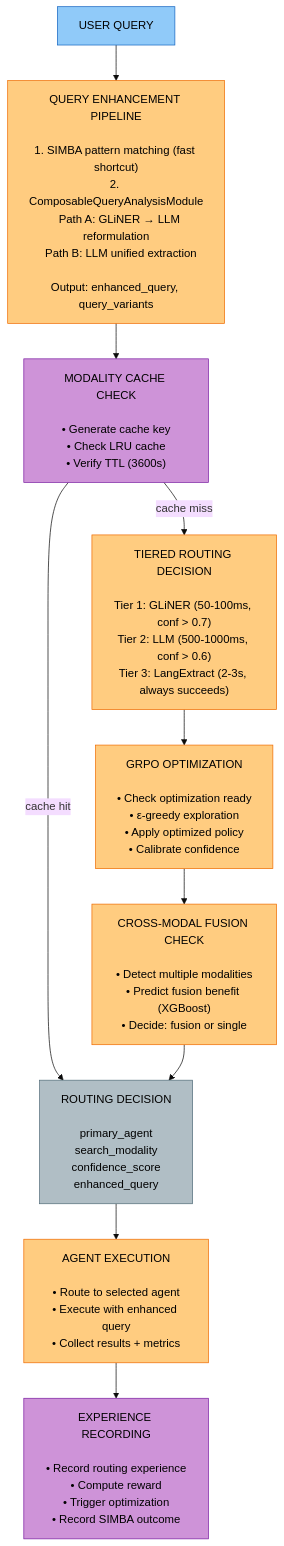
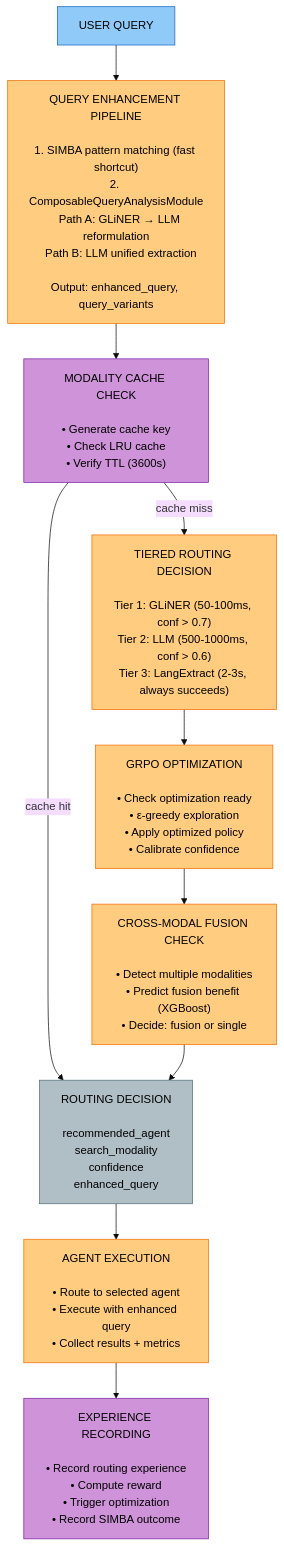
The fourth of 4 diagrams in docs/modules/routing.md (amit-jain/cogniverse), drawn with Mermaid (base theme) before and after one commit. The commit also changed other lines of this file and 137 other files, not shown here.

````diff
--- a/docs/modules/routing.md
+++ b/docs/modules/routing.md
@@ -1309,40 +1309,40 @@
 ```mermaid
 flowchart TB
     UserQuery["<span style='color:#000'>USER QUERY</span>"]
 
     Enhancement["<span style='color:#000'>QUERY ENHANCEMENT PIPELINE<br/><br/>1. SIMBA pattern matching (fast shortcut)<br/>2. ComposableQueryAnalysisModule<br/>   Path A: GLiNER → LLM reformulation<br/>   Path B: LLM unified extraction<br/><br/>Output: enhanced_query, query_variants</span>"]
 
     Cache["<span style='color:#000'>MODALITY CACHE CHECK<br/><br/>• Generate cache key<br/>• Check LRU cache<br/>• Verify TTL (3600s)</span>"]
 
     Tiered["<span style='color:#000'>TIERED ROUTING DECISION<br/><br/>Tier 1: GLiNER (50-100ms, conf > 0.7)<br/>Tier 2: LLM (500-1000ms, conf > 0.6)<br/>Tier 3: LangExtract (2-3s, always succeeds)</span>"]
 
     GRPO["<span style='color:#000'>GRPO OPTIMIZATION<br/><br/>• Check optimization ready<br/>• ε-greedy exploration<br/>• Apply optimized policy<br/>• Calibrate confidence</span>"]
 
     Fusion["<span style='color:#000'>CROSS-MODAL FUSION CHECK<br/><br/>• Detect multiple modalities<br/>• Predict fusion benefit (XGBoost)<br/>• Decide: fusion or single</span>"]
 
-    Decision["<span style='color:#000'>ROUTING DECISION<br/><br/>primary_agent<br/>search_modality<br/>confidence_score<br/>enhanced_query</span>"]
+    Decision["<span style='color:#000'>ROUTING DECISION<br/><br/>recommended_agent<br/>search_modality<br/>confidence<br/>enhanced_query</span>"]
 
     Execution["<span style='color:#000'>AGENT EXECUTION<br/><br/>• Route to selected agent<br/>• Execute with enhanced query<br/>• Collect results + metrics</span>"]
 
     Recording["<span style='color:#000'>EXPERIENCE RECORDING<br/><br/>• Record routing experience<br/>• Compute reward<br/>• Trigger optimization<br/>• Record SIMBA outcome</span>"]
 
     UserQuery --> Enhancement
     Enhancement --> Cache
     Cache -->|cache miss| Tiered
     Cache -->|cache hit| Decision
     Tiered --> GRPO
     GRPO --> Fusion
     Fusion --> Decision
     Decision --> Execution
     Execution --> Recording
 
     style UserQuery fill:#90caf9,stroke:#1565c0,color:#000
     style Enhancement fill:#ffcc80,stroke:#ef6c00,color:#000
     style Cache fill:#ce93d8,stroke:#7b1fa2,color:#000
     style Tiered fill:#ffcc80,stroke:#ef6c00,color:#000
     style GRPO fill:#ffcc80,stroke:#ef6c00,color:#000
     style Fusion fill:#ffcc80,stroke:#ef6c00,color:#000
     style Decision fill:#b0bec5,stroke:#546e7a,color:#000
     style Execution fill:#ffcc80,stroke:#ef6c00,color:#000
     style Recording fill:#ce93d8,stroke:#7b1fa2,color:#000
 ```
````
